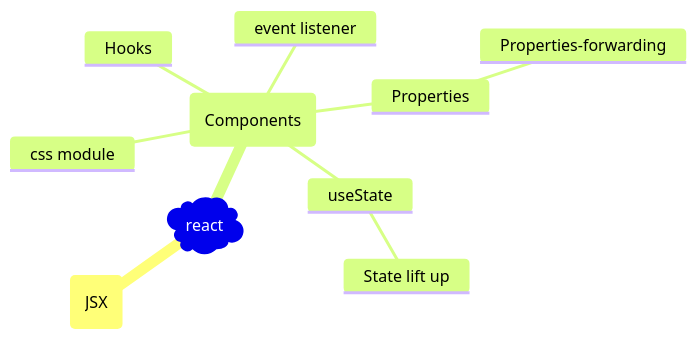
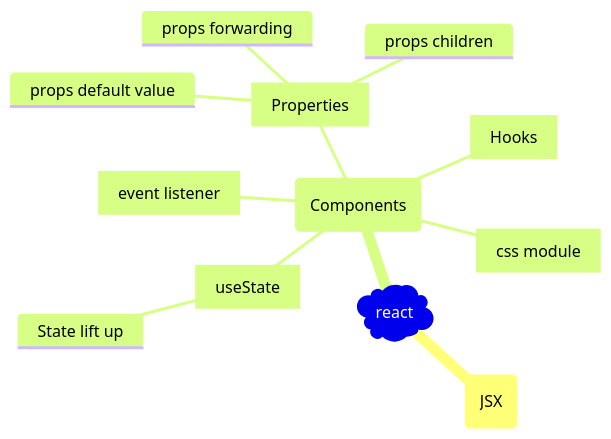
One commit to cherkavi/javascripting changed the first of 2 diagrams in react/README.md. Above: the diagram before and after it, drawn with Mermaid. The commit also changed other lines of this file and 3 other files, not shown here.

Commit message:
mind map with anchors

````diff
--- a/react/README.md
+++ b/react/README.md
@@ -6,13 +6,15 @@
 ```mermaid
 mindmap
 )react(
     (JSX)
     (Components)
-        useState
+        [useState]
             State lift up
-        Properties
-            Properties-forwarding
-        Hooks
-        css module
-        event listener
+        [Properties]
+            props forwarding
+            props children
+            props default value
+        [Hooks]
+        [css module]
+        [event listener]
 ```
````
